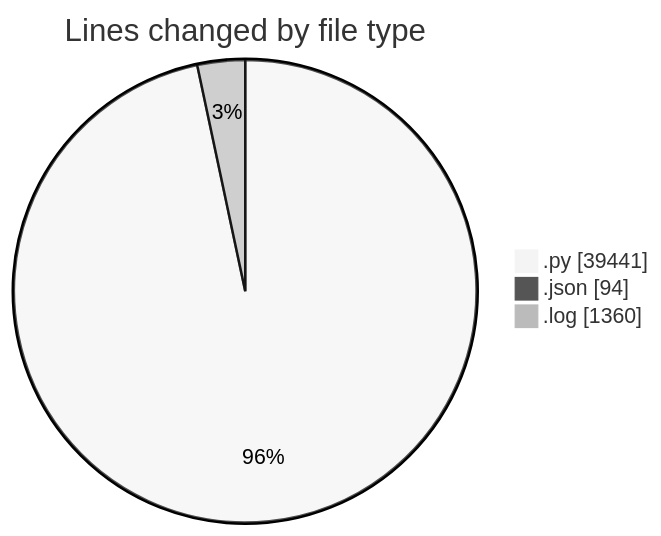
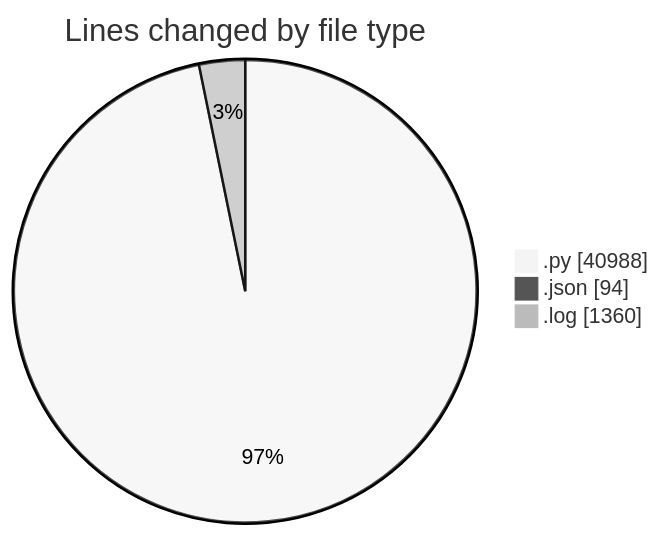
Before and after one commit to jrari/code-tracking: the first of 2 diagrams in 2025-07-14/telebot/README.md, drawn with Mermaid (neutral theme). The commit also changed other lines of this file and 1 other file, not shown here.

````diff
--- a/2025-07-14/telebot/README.md
+++ b/2025-07-14/telebot/README.md
@@ -66,7 +66,7 @@
 ```mermaid
 pie showData
 title Lines changed by file type
-".py" : 39441
+".py" : 40988
 ".json" : 94
 ".log" : 1360
 ```
````
